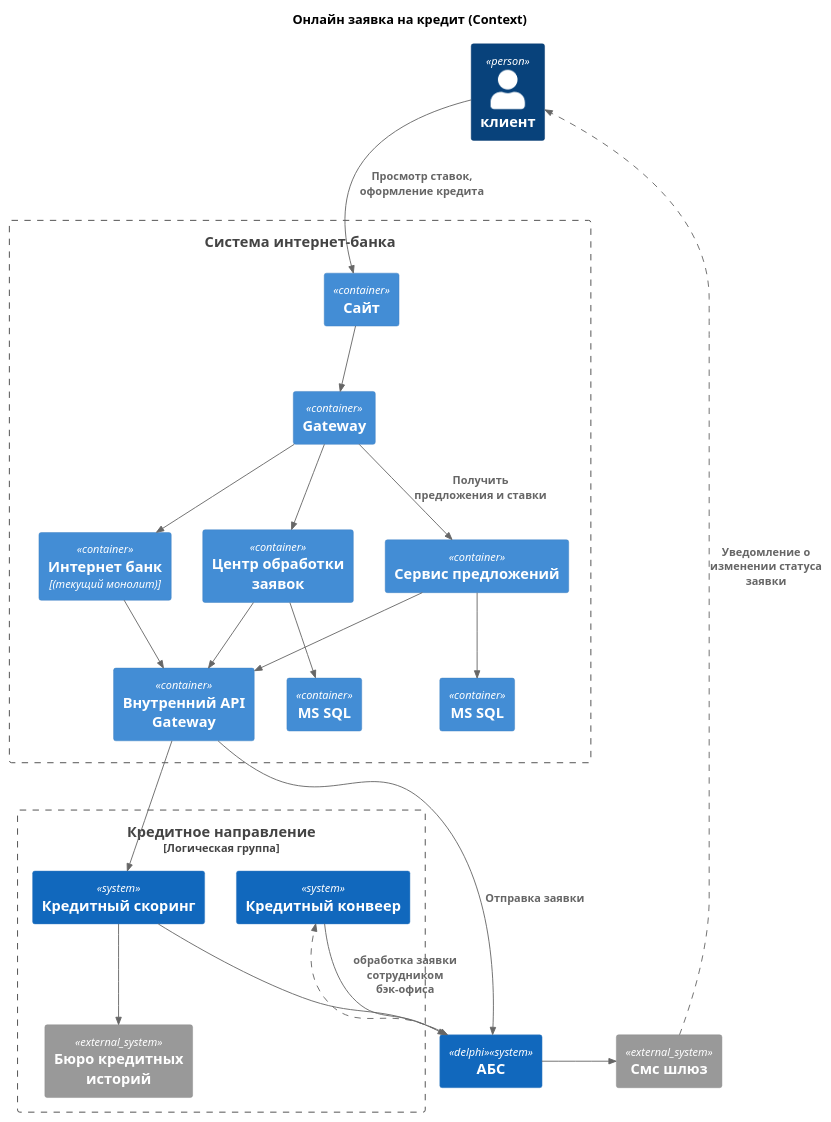
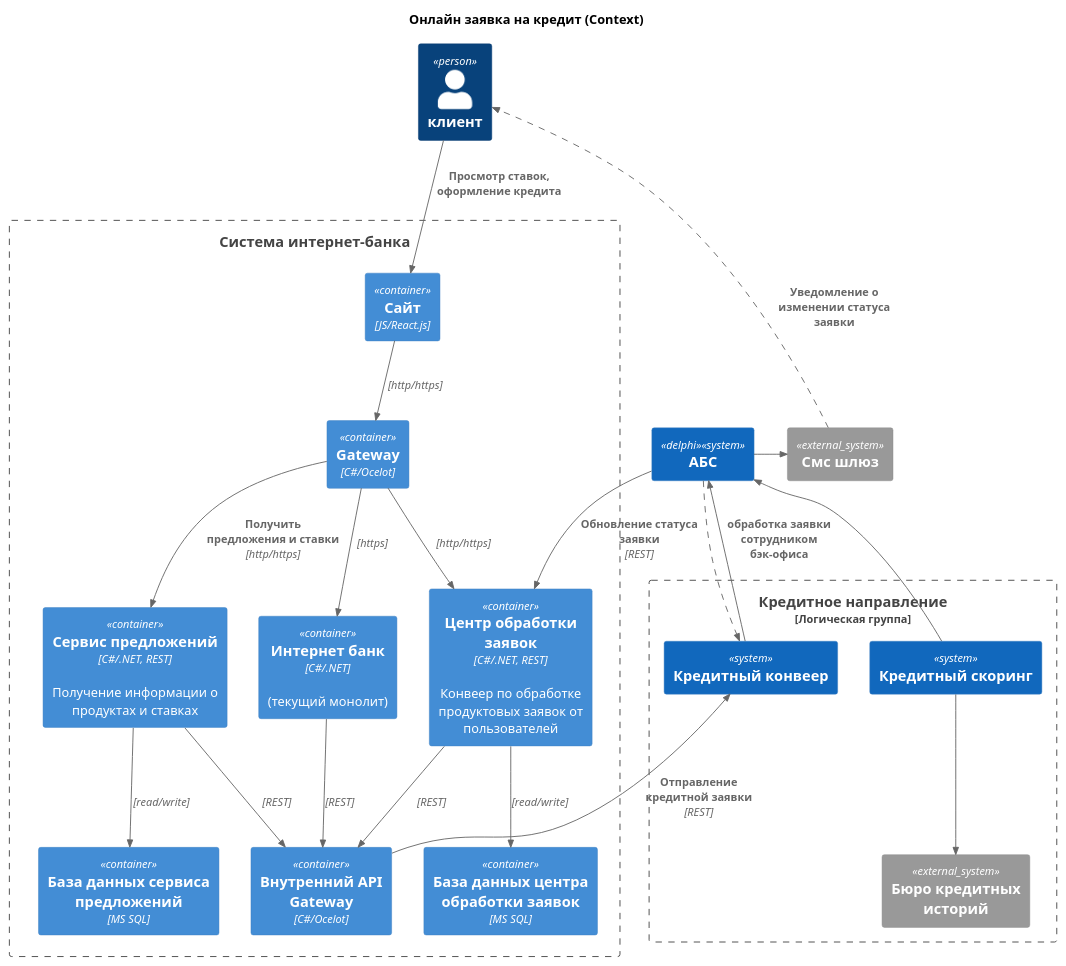
Before and after one commit to bugurshik/architecture-pro-standart: the diagram in Task5/containers.puml, drawn with PlantUML. The commit also changed 2 other files, not shown here.

```diff
--- a/Task5/containers.puml
+++ b/Task5/containers.puml
@@ -1,64 +1,63 @@
 @startuml Открытие депозита - Context Diagram
 !include https://raw.githubusercontent.com/plantuml-stdlib/C4-PlantUML/master/C4_Container.puml
 
 title Онлайн заявка на кредит (Context)
 AddRelTag("asyncLine", $lineStyle=DashedLine())
 
 ' Чего только не делал, чтобы клиент "всплыл" вверх - не хочет -___-
 
 Person(customer, "клиент", "")
 
 
 Boundary(credit_b, "Кредитное направление", "Логическая группа"){
     System(credit_score, "Кредитный скоринг", "", "", "")
     System(conveer, "Кредитный конвеер", "", "", "")
     System_Ext(buro, "Бюро кредитных историй")
 }
 
 Boundary(bank, "Система интернет-банка", ""){
-    Container(site, "Сайт")
-    Container(gateway, "Gateway")
-    Container(offers_service, "Сервис предложений")
-    Container(offers_service_db, "MS SQL")
-    Container(customer_center, "Центр обработки заявок")
-    Container(customer_center_db, "MS SQL")
-    Container(internet_bank, "Интернет банк", "(текущий монолит)", "")
-    Container(internal_gateway, "Внутренний API Gateway", "", "", "")
+    Container(site, "Сайт", "JS/React.js")
+    Container(gateway, "Gateway", "C#/Ocelot")
+    Container(offers_service, "Сервис предложений", "C#/.NET, REST", "Получение информации о продуктах и ставках")
+    Container(offers_service_db, "База данных сервиса предложений", "MS SQL")
+    Container(customer_center, "Центр обработки заявок", "C#/.NET, REST", "Конвеер по обработке продуктовых заявок от пользователей")
+    Container(customer_center_db, "База данных центра обработки заявок ","MS SQL")
+    Container(internet_bank, "Интернет банк", "C#/.NET", "(текущий монолит)")
+    Container(internal_gateway, "Внутренний API Gateway", "C#/Ocelot", "", "")
 }
 
 System(abc, "АБС", "", "", "delphi")
 System_Ext(sms_gateway, "Смс шлюз")
 
 Rel(customer, site, "Просмотр ставок, оформление кредита")
 
-Rel(site, gateway, "")
+Rel(site, gateway, "", "http/https")
 
-Rel(offers_service, offers_service_db, "")
+Rel(offers_service, offers_service_db, "", "read/write")
+Rel(customer_center, customer_center_db, "", "read/write")
 
-Rel(gateway, internet_bank, "")
-Rel(gateway, offers_service, "Получить предложения и ставки")
-Rel(gateway, customer_center, "")
-
-Rel(customer_center, customer_center_db, "")
+Rel(gateway, internet_bank, "", "https")
+Rel(gateway, offers_service, "Получить предложения и ставки", "http/https")
+Rel(gateway, customer_center, "", "http/https")
 
 Rel_R(abc, sms_gateway, "")
 
 Rel(abc, conveer, "", $tags="asyncLine" )
 Rel(conveer, abc, "обработка заявки сотрудником бэк-офиса", )
 
 Rel(sms_gateway, customer, "Уведомление о изменении статуса заявки", $tags="asyncLine")
 
 Rel(credit_score, buro, "")
 Rel(credit_score, abc, "")
 
-Rel(internet_bank, internal_gateway, "")
-Rel(offers_service, internal_gateway, "")
-Rel(customer_center, internal_gateway, "")
-Rel(internal_gateway, abc, "Отправка заявки")
-Rel(internal_gateway, credit_score, "")
+Rel(internet_bank, internal_gateway, "", "REST")
+Rel(offers_service, internal_gateway, "", "REST")
+Rel(customer_center, internal_gateway, "", "REST")
+Rel(abc, customer_center, "Обновление статуса заявки", "REST")
+Rel(internal_gateway, conveer, "Отправление кредитной заявки", "REST")
 
 Lay_U(bank, customer)
 Lay_U(site, customer)
 Lay_U(abc, customer)
 
 @enduml
```
